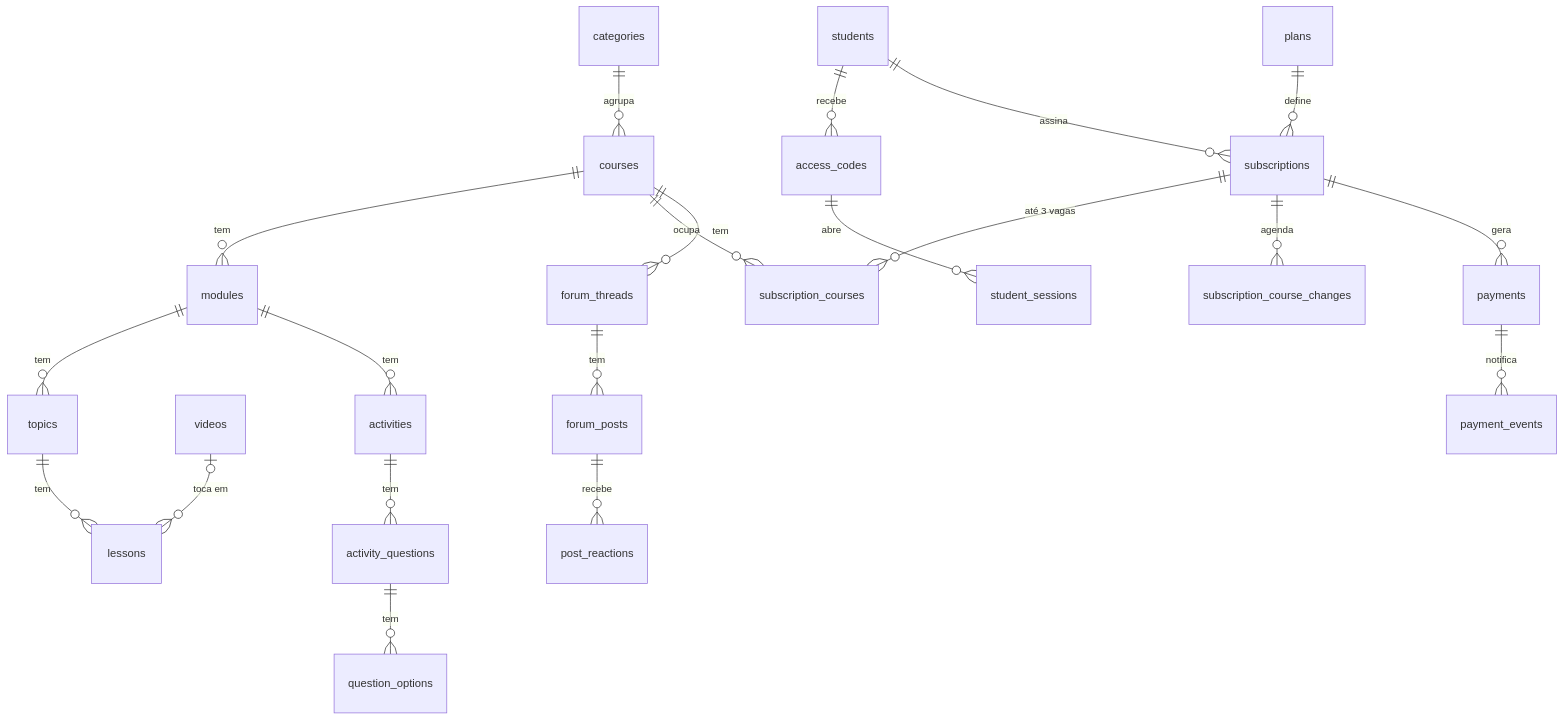
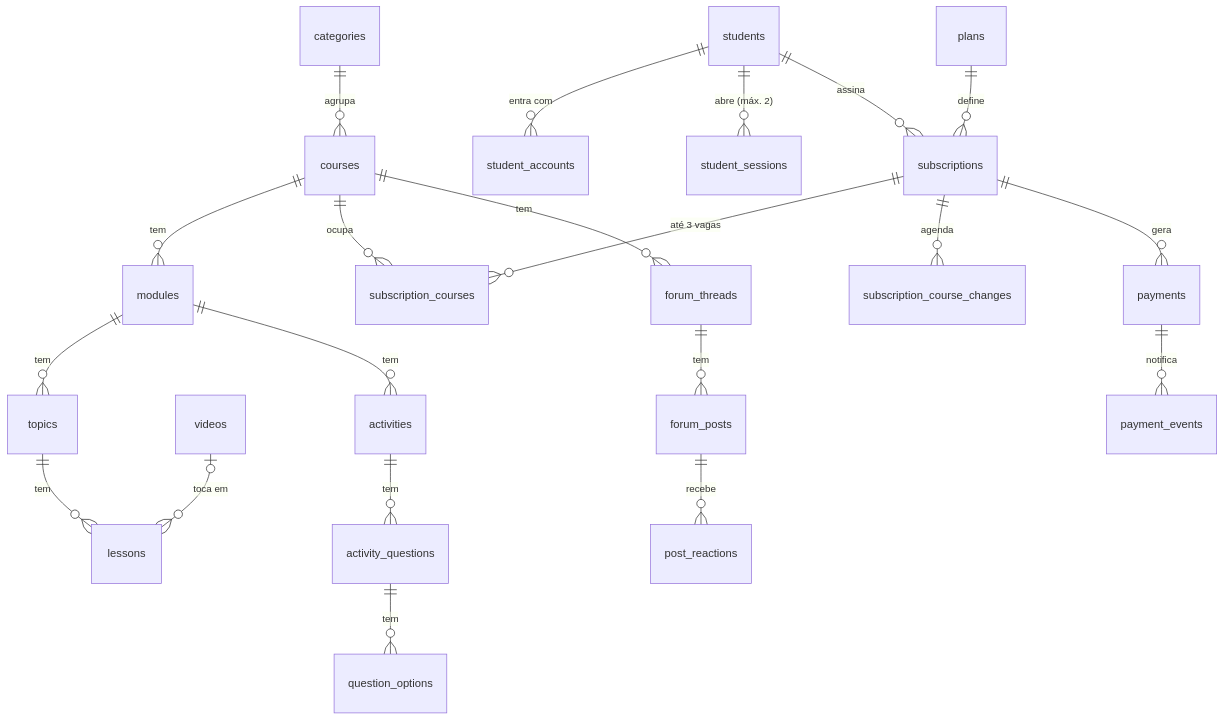
One commit to paulosoares7/paulo_soares_portifolio changed the diagram in docs/04-banco-de-dados.md. Above: the diagram before and after it, drawn with Mermaid. The commit also changed other lines of this file and 23 other files, not shown here.

````diff
--- a/docs/04-banco-de-dados.md
+++ b/docs/04-banco-de-dados.md
@@ -19,23 +19,23 @@
 ```mermaid
 erDiagram
     categories ||--o{ courses : agrupa
     courses ||--o{ modules : tem
     modules ||--o{ topics : tem
     topics ||--o{ lessons : tem
     videos |o--o{ lessons : "toca em"
     modules ||--o{ activities : tem
     activities ||--o{ activity_questions : tem
     activity_questions ||--o{ question_options : tem
-    students ||--o{ access_codes : recebe
-    access_codes ||--o{ student_sessions : abre
+    students ||--o{ student_accounts : "entra com"
+    students ||--o{ student_sessions : "abre (máx. 2)"
     students ||--o{ subscriptions : assina
     plans ||--o{ subscriptions : define
     subscriptions ||--o{ subscription_courses : "até 3 vagas"
     courses ||--o{ subscription_courses : ocupa
     subscriptions ||--o{ subscription_course_changes : agenda
     subscriptions ||--o{ payments : gera
     payments ||--o{ payment_events : notifica
     courses ||--o{ forum_threads : tem
     forum_threads ||--o{ forum_posts : tem
     forum_posts ||--o{ post_reactions : recebe
 ```
````
